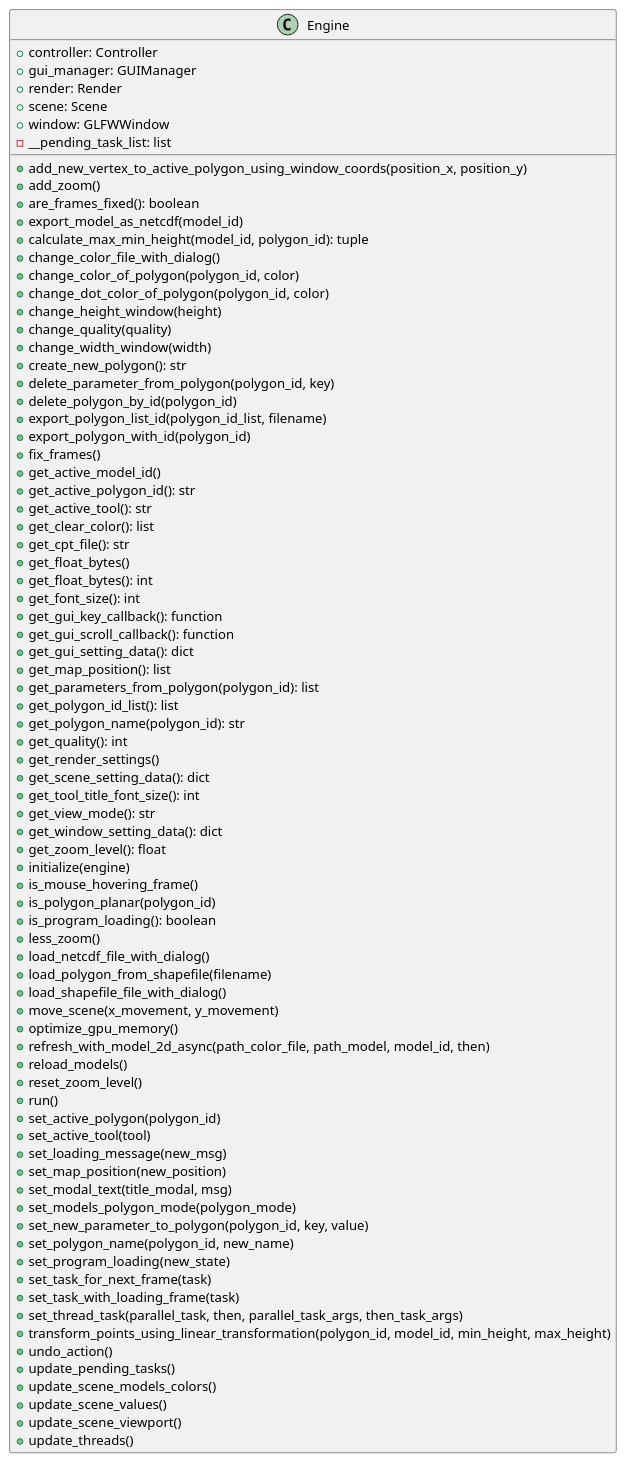
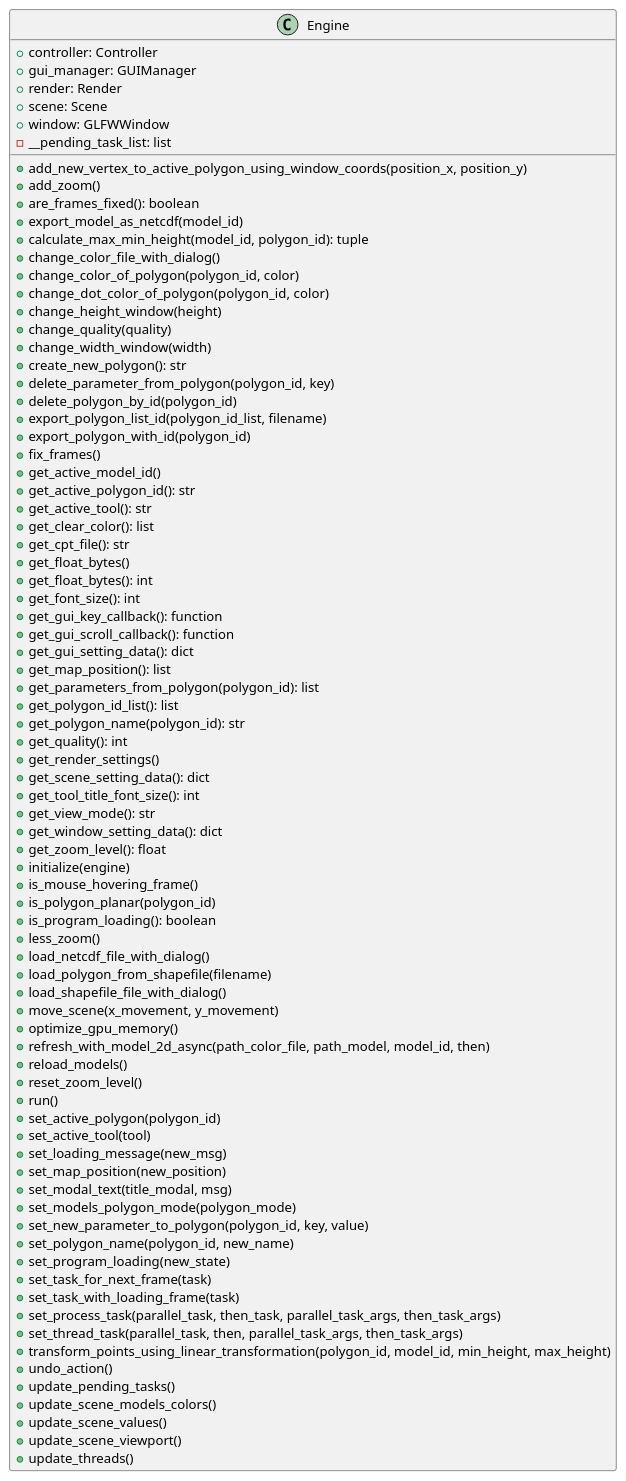
One commit to ferpoble2/Relief_Creator changed the diagram in docs/classes/Engine.puml. Above: the diagram before and after it, drawn with PlantUML. The commit also changed 3 other files, not shown here.

```diff
--- a/docs/classes/Engine.puml
+++ b/docs/classes/Engine.puml
@@ -1,83 +1,84 @@
 @startuml
 class Engine {
     + controller: Controller
     + gui_manager: GUIManager
     + render: Render
     + scene: Scene
     + window: GLFWWindow
     - __pending_task_list: list
     + add_new_vertex_to_active_polygon_using_window_coords(position_x, position_y)
     + add_zoom()
     + are_frames_fixed(): boolean
     + export_model_as_netcdf(model_id)
     + calculate_max_min_height(model_id, polygon_id): tuple
     + change_color_file_with_dialog()
     + change_color_of_polygon(polygon_id, color)
     + change_dot_color_of_polygon(polygon_id,  color)
     + change_height_window(height)
     + change_quality(quality)
     + change_width_window(width)
     + create_new_polygon(): str
     + delete_parameter_from_polygon(polygon_id, key)
     + delete_polygon_by_id(polygon_id)
     + export_polygon_list_id(polygon_id_list, filename)
     + export_polygon_with_id(polygon_id)
     + fix_frames()
     + get_active_model_id()
     + get_active_polygon_id(): str
     + get_active_tool(): str
     + get_clear_color(): list
     + get_cpt_file(): str
     + get_float_bytes()
     + get_float_bytes(): int
     + get_font_size(): int
     + get_gui_key_callback(): function
     + get_gui_scroll_callback(): function
     + get_gui_setting_data(): dict
     + get_map_position(): list
     + get_parameters_from_polygon(polygon_id): list
     + get_polygon_id_list(): list
     + get_polygon_name(polygon_id): str
     + get_quality(): int
     + get_render_settings()
     + get_scene_setting_data(): dict
     + get_tool_title_font_size(): int
     + get_view_mode(): str
     + get_window_setting_data(): dict
     + get_zoom_level(): float
     + initialize(engine)
     + is_mouse_hovering_frame()
     + is_polygon_planar(polygon_id)
     + is_program_loading(): boolean
     + less_zoom()
     + load_netcdf_file_with_dialog()
     + load_polygon_from_shapefile(filename)
     + load_shapefile_file_with_dialog()
     + move_scene(x_movement, y_movement)
     + optimize_gpu_memory()
     + refresh_with_model_2d_async(path_color_file, path_model, model_id, then)
     + reload_models()
     + reset_zoom_level()
     + run()
     + set_active_polygon(polygon_id)
     + set_active_tool(tool)
     + set_loading_message(new_msg)
     + set_map_position(new_position)
     + set_modal_text(title_modal, msg)
     + set_models_polygon_mode(polygon_mode)
     + set_new_parameter_to_polygon(polygon_id, key, value)
     + set_polygon_name(polygon_id, new_name)
     + set_program_loading(new_state)
     + set_task_for_next_frame(task)
     + set_task_with_loading_frame(task)
+    + set_process_task(parallel_task, then_task, parallel_task_args, then_task_args)
     + set_thread_task(parallel_task, then, parallel_task_args, then_task_args)
     + transform_points_using_linear_transformation(polygon_id, model_id, min_height, max_height)
     + undo_action()
     + update_pending_tasks()
     + update_scene_models_colors()
     + update_scene_values()
     + update_scene_viewport()
     + update_threads()
 }
 
 @enduml
```
